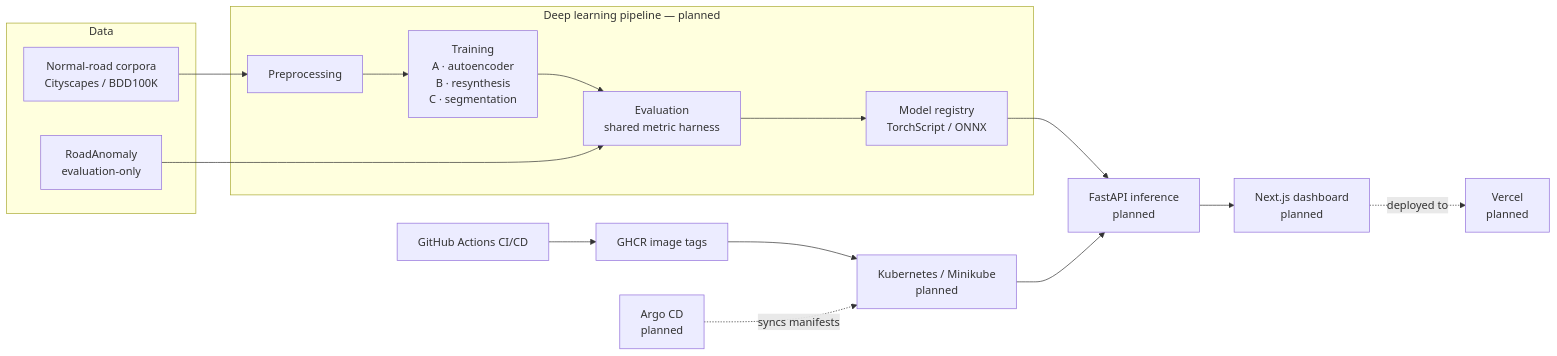
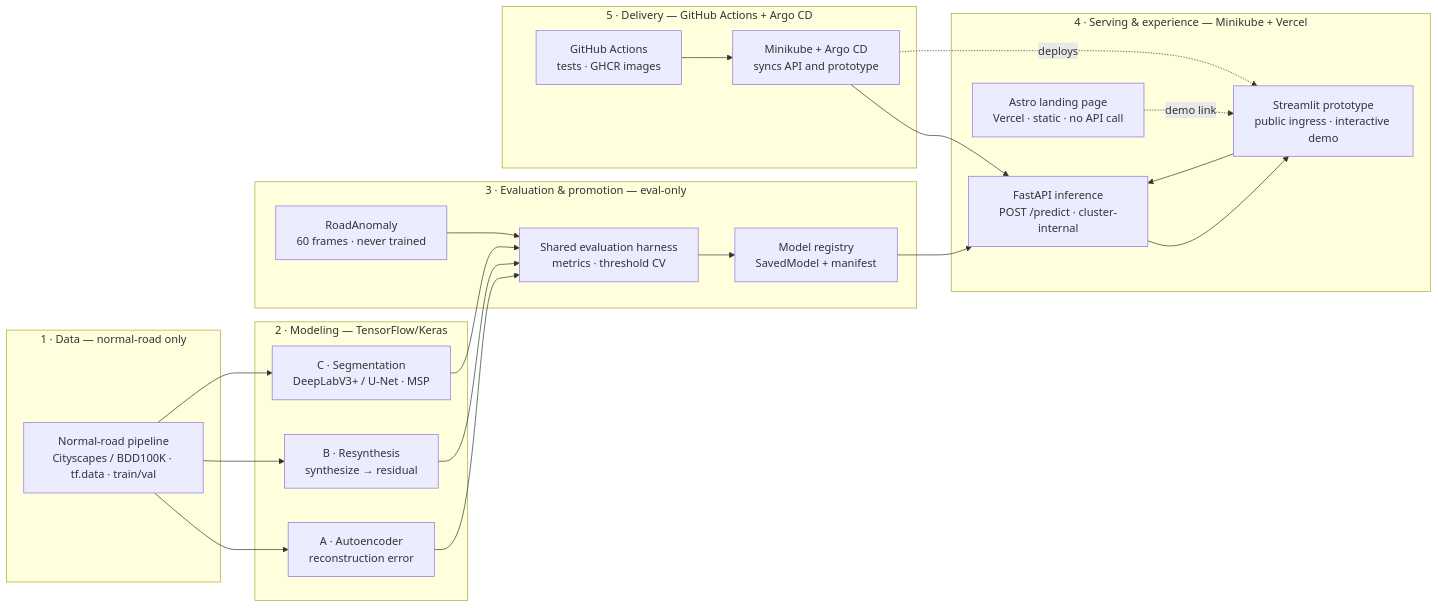
The second of 5 diagrams in docs/architecture/README.md (adriansalvadorekomo/RoadAnomaly), drawn with Mermaid before and after one commit. The commit also changed other lines of this file and 36 other files, not shown here.

First line of the commit message:
docs: align target stack with TensorFlow, Astro and Streamlit

````diff
--- a/docs/architecture/README.md
+++ b/docs/architecture/README.md
@@ -50,24 +56,45 @@
 ```mermaid
 flowchart LR
-  subgraph data["Data"]
-    N["Normal-road corpora<br/>Cityscapes / BDD100K"]
-    R["RoadAnomaly<br/>evaluation-only"]
+  subgraph data["1 · Data — normal-road only"]
+    NP["Normal-road pipeline<br/>Cityscapes / BDD100K · tf.data · train/val"]
   end
 
-  subgraph dl["Deep learning pipeline — planned"]
-    P["Preprocessing"] --> TR["Training<br/>A · autoencoder<br/>B · resynthesis<br/>C · segmentation"]
-    TR --> EV["Evaluation<br/>shared metric harness"]
-    EV --> REG["Model registry<br/>TorchScript / ONNX"]
+  subgraph modeling["2 · Modeling — TensorFlow/Keras"]
+    A["A · Autoencoder<br/>reconstruction error"]
+    B["B · Resynthesis<br/>synthesize → residual"]
+    C["C · Segmentation<br/>DeepLabV3+ / U-Net · MSP"]
   end
 
-  N --> P
-  R --> EV
-  REG --> API["FastAPI inference<br/>planned"]
-  API --> WEB["Next.js dashboard<br/>planned"]
+  subgraph evaluation["3 · Evaluation & promotion — eval-only"]
+    RA["RoadAnomaly<br/>60 frames · never trained"]
+    EV["Shared evaluation harness<br/>metrics · threshold CV"]
+    REG["Model registry<br/>SavedModel + manifest"]
+  end
 
-  CI["GitHub Actions CI/CD"] --> GHCR["GHCR image tags"]
-  GHCR --> K8S["Kubernetes / Minikube<br/>planned"]
-  ARGO["Argo CD<br/>planned"] -. "syncs manifests" .-> K8S
+  subgraph serving["4 · Serving & experience — Minikube + Vercel"]
+    API["FastAPI inference<br/>POST /predict · cluster-internal"]
+    ST["Streamlit prototype<br/>public ingress · interactive demo"]
+    WEB["Astro landing page<br/>Vercel · static · no API call"]
+  end
+
+  subgraph delivery["5 · Delivery — GitHub Actions + Argo CD"]
+    CI["GitHub Actions<br/>tests · GHCR images"]
+    K8S["Minikube + Argo CD<br/>syncs API and prototype"]
+  end
+
+  NP --> A
+  NP --> B
+  NP --> C
+  A --> EV
+  B --> EV
+  C --> EV
+  RA --> EV
+  EV --> REG
+  REG --> API
+  ST --> API
+  API --> ST
+  WEB -. "demo link" .-> ST
+  CI --> K8S
   K8S --> API
-  WEB -. "deployed to" .-> VERCEL["Vercel<br/>planned"]
+  K8S -. "deploys" .-> ST
 ```
````
